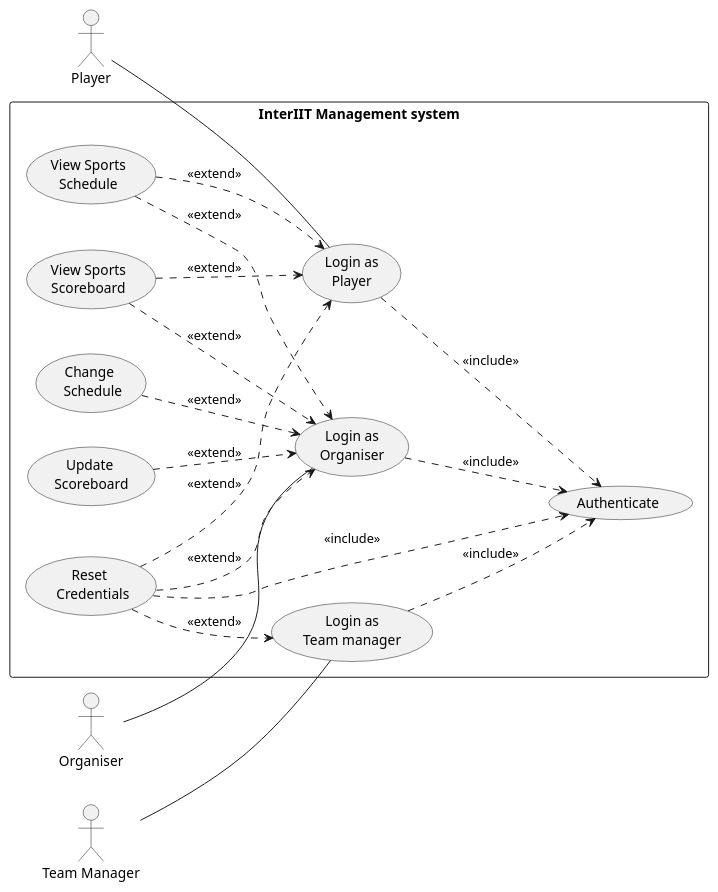
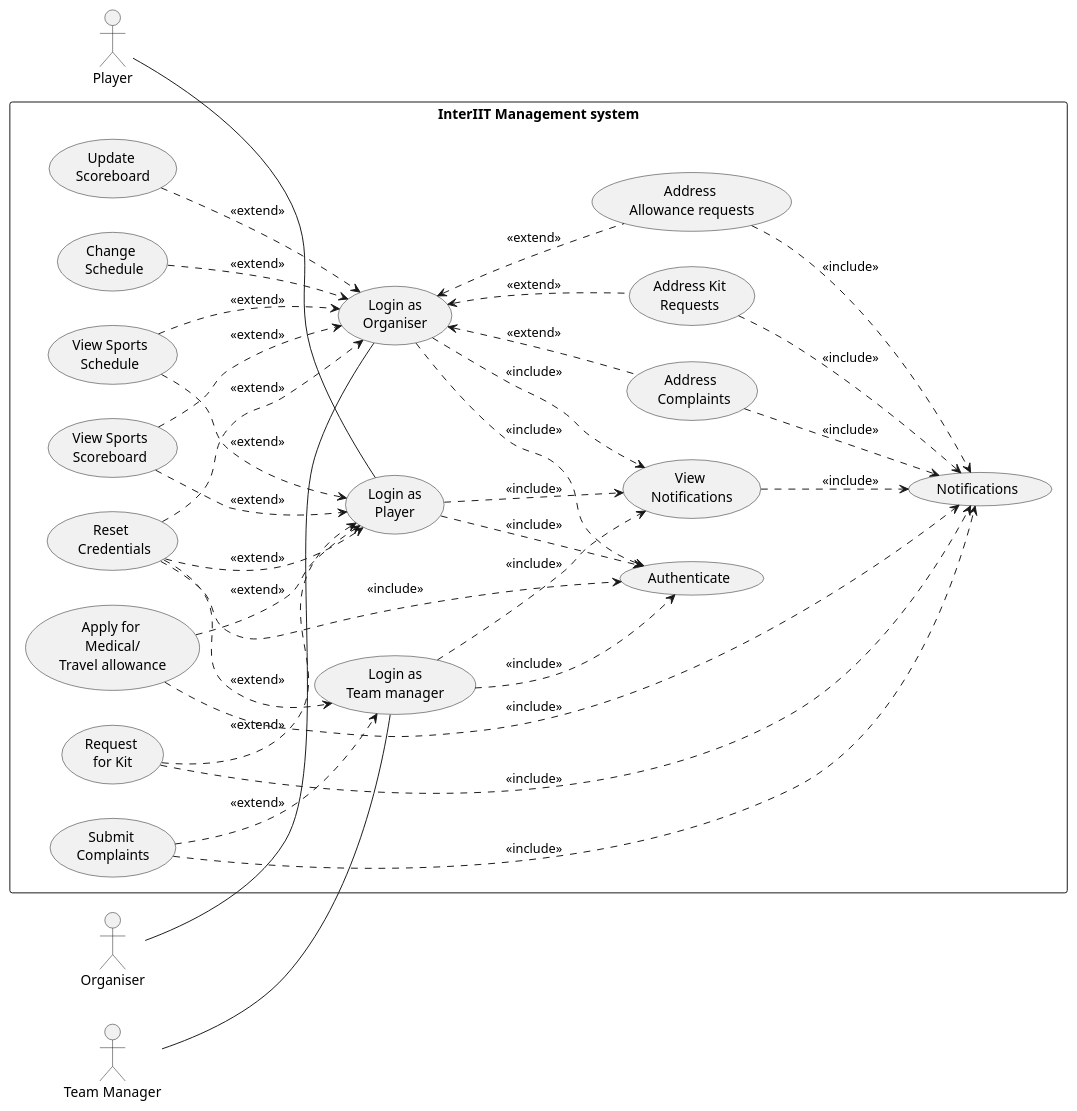
Before and after one commit to hemanthvhr/multitrans: the diagram in usecase.puml, drawn with PlantUML.

```diff
--- a/usecase.puml
+++ b/usecase.puml
@@ -1,34 +1,59 @@
 @startuml
 left to right direction
 skinparam packageStyle rectangle
 :Player: as player
 :Organiser: as org
 :Team Manager: as tm
 rectangle "InterIIT Management system" {
 (Login as\nPlayer) as plogin
 (Login as\nOrganiser) as ologin
 (Login as\nTeam manager) as tlogin
 (Authenticate) as auth
 (View Sports\nSchedule) as vschedule
 (View Sports\nScoreboard) as vscore
 (Update \nScoreboard) as cscore
 (Change \n Schedule) as cschedule
 (Reset \n Credentials) as reset
+(Submit \nComplaints) as scomp
+(Address \n Complaints) as acomp
+(Notifications) as notification
+(View \nNotifications) as viewnotify
+(Request \nfor Kit) as rkit
+(Address Kit\nRequests) as akit
+(Apply for \nMedical/\nTravel allowance) as rallo
+(Address \nAllowance requests) as aallo
+org -- ologin
 player -- plogin
-org -- ologin
 tm -- tlogin
+plogin ..> viewnotify : "<<include>>"
 plogin ..> auth: "<<include>>"
 reset ..> plogin : "<<extend>>"
 vschedule ..> plogin : "<<extend>>"
 vscore ..> plogin : "<<extend>>"
+rkit ..> plogin : "<<extend>>"
+rallo ..> plogin : "<<extend>>"
+tlogin ..> viewnotify : "<<include>>"
 tlogin ..> auth : "<<include>>"
 reset ..> tlogin : "<<extend>>"
+scomp ..> tlogin : "<<extend>>"
 reset ..> auth : "<<include>>"
+ologin ..> viewnotify : "<<include>>"
 ologin ..> auth : "<<include>>"
 reset ..> ologin : "<<extend>>"
 vschedule ..> ologin : "<<extend>>"
 vscore ..> ologin : "<<extend>>"
 cschedule ..> ologin : "<<extend>>"
 cscore ..> ologin : "<<extend>>"
+ologin <.. acomp : "<<extend>>"
+ologin <.. akit : "<<extend>>"
+ologin <.. aallo : "<<extend>>"
+acomp ..> notification : "<<include>>"
+akit ..> notification : "<<include>>"
+aallo ..> notification : "<<include>>"
+scomp ..> notification : "<<include>>"
+rkit ..> notification : "<<include>>"
+rallo ..> notification : "<<include>>"
+viewnotify ..> notification : "<<include>>"
+
 }
 @enduml
```
